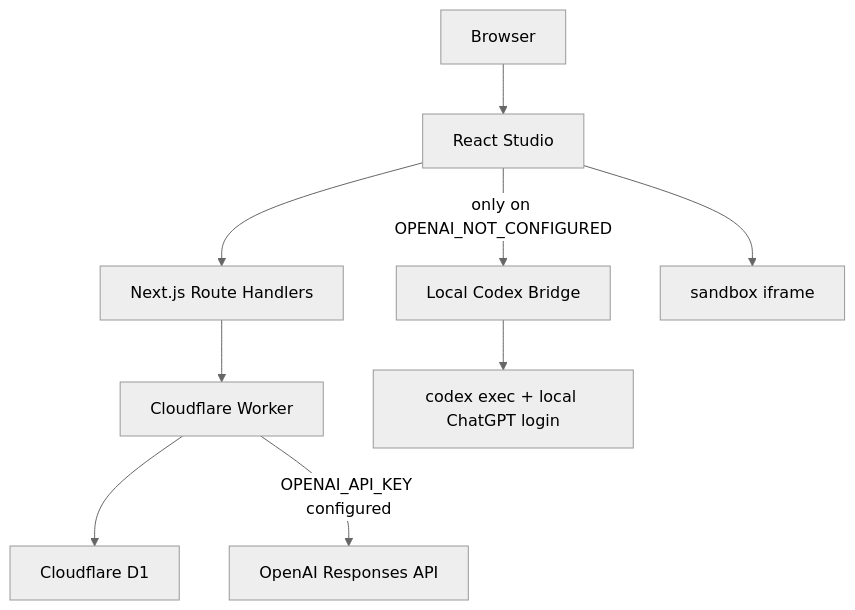
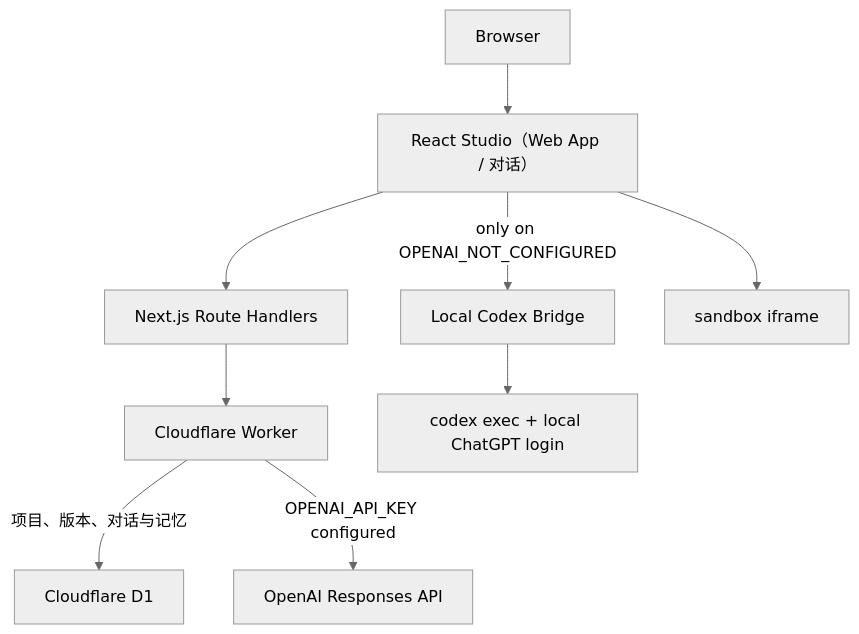
Before and after one commit to chanceflying/chance-atoms-demo: the diagram in README.md, drawn with Mermaid (neutral theme). The commit also changed other lines of this file and 20 other files, not shown here.

````diff
--- a/README.md
+++ b/README.md
@@ -150,21 +182,21 @@
 ```mermaid
 flowchart TD
     B["Browser"]
-    R["React Studio"]
+    R["React Studio（Web App / 对话）"]
     N["Next.js Route Handlers"]
     W["Cloudflare Worker"]
     D["Cloudflare D1"]
     O["OpenAI Responses API"]
     C["Local Codex Bridge"]
     X["codex exec + local ChatGPT login"]
     I["sandbox iframe"]
 
     B --> R
     R --> N
     N --> W
-    W --> D
+    W -->|"项目、版本、对话与记忆"| D
     W -->|"OPENAI_API_KEY configured"| O
     R -->|"only on OPENAI_NOT_CONFIGURED"| C
     C --> X
     R --> I
 ```
````
